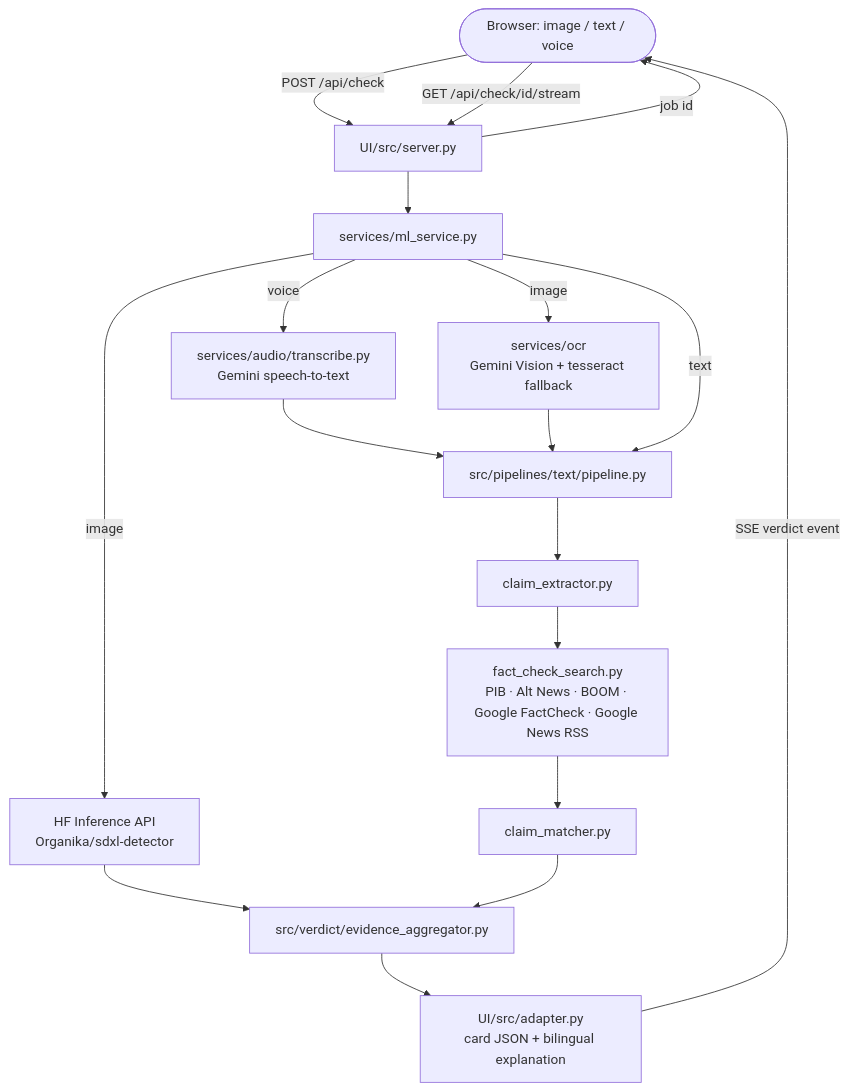
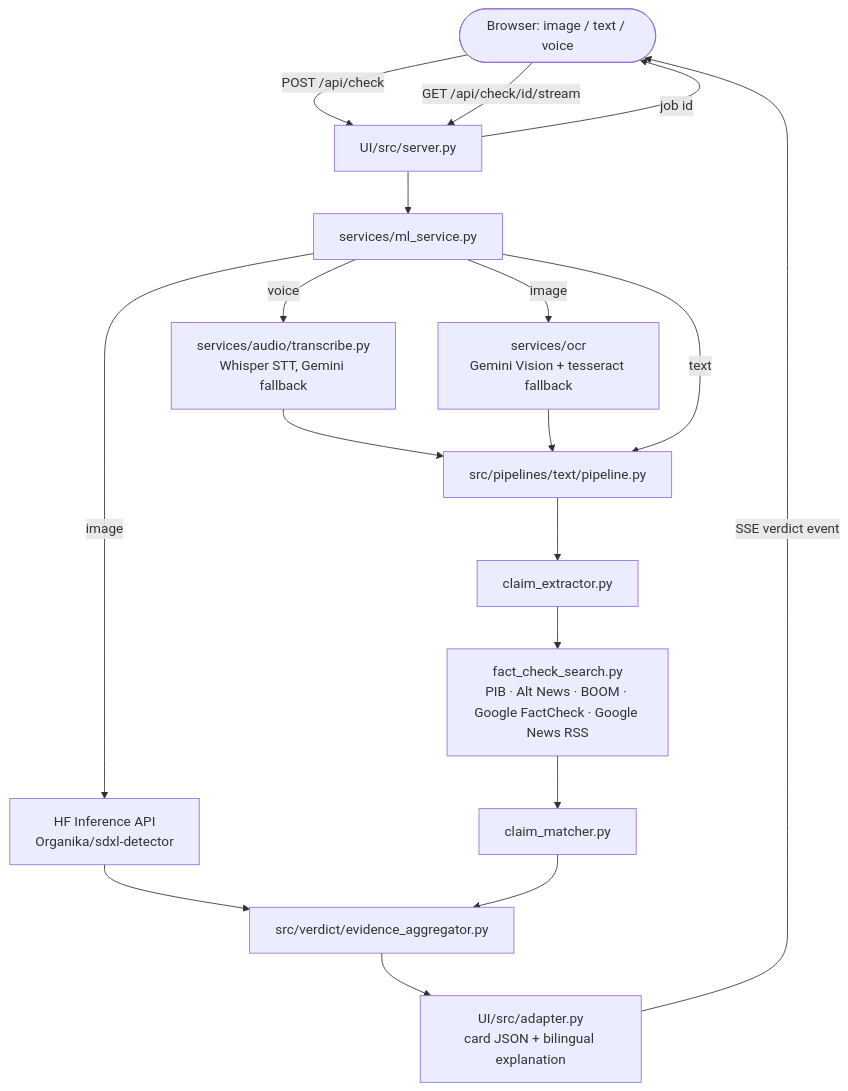
One commit to Baehtar/SATYA changed the diagram in UI/docs/architecture.md. Above: the diagram before and after it, drawn with Mermaid. The commit also changed 10 other files, not shown here.

Commit message:
added audio processing and STT services with updated config and documentation

````diff
--- a/UI/docs/architecture.md
+++ b/UI/docs/architecture.md
@@ -27,24 +27,24 @@
 ```mermaid
 graph TD
     Browser([Browser: image / text / voice]) -->|POST /api/check| Server[UI/src/server.py]
     Server -->|job id| Browser
     Browser -->|GET /api/check/id/stream| Server
 
     Server --> MLS[services/ml_service.py]
 
-    MLS -->|voice| STT[services/audio/transcribe.py<br/>Gemini speech-to-text]
+    MLS -->|voice| STT[services/audio/transcribe.py<br/>Whisper STT, Gemini fallback]
     STT --> TextPipe
     MLS -->|image| AIDet[HF Inference API<br/>Organika/sdxl-detector]
     MLS -->|image| OCR[services/ocr<br/>Gemini Vision + tesseract fallback]
     OCR --> TextPipe
     MLS -->|text| TextPipe[src/pipelines/text/pipeline.py]
 
     TextPipe --> Claim[claim_extractor.py]
     Claim --> Search[fact_check_search.py<br/>PIB · Alt News · BOOM · Google FactCheck · Google News RSS]
     Search --> Match[claim_matcher.py]
 
     AIDet --> Fuse[src/verdict/evidence_aggregator.py]
     Match --> Fuse
     Fuse --> Adapter[UI/src/adapter.py<br/>card JSON + bilingual explanation]
     Adapter -->|SSE verdict event| Browser
 ```
````
